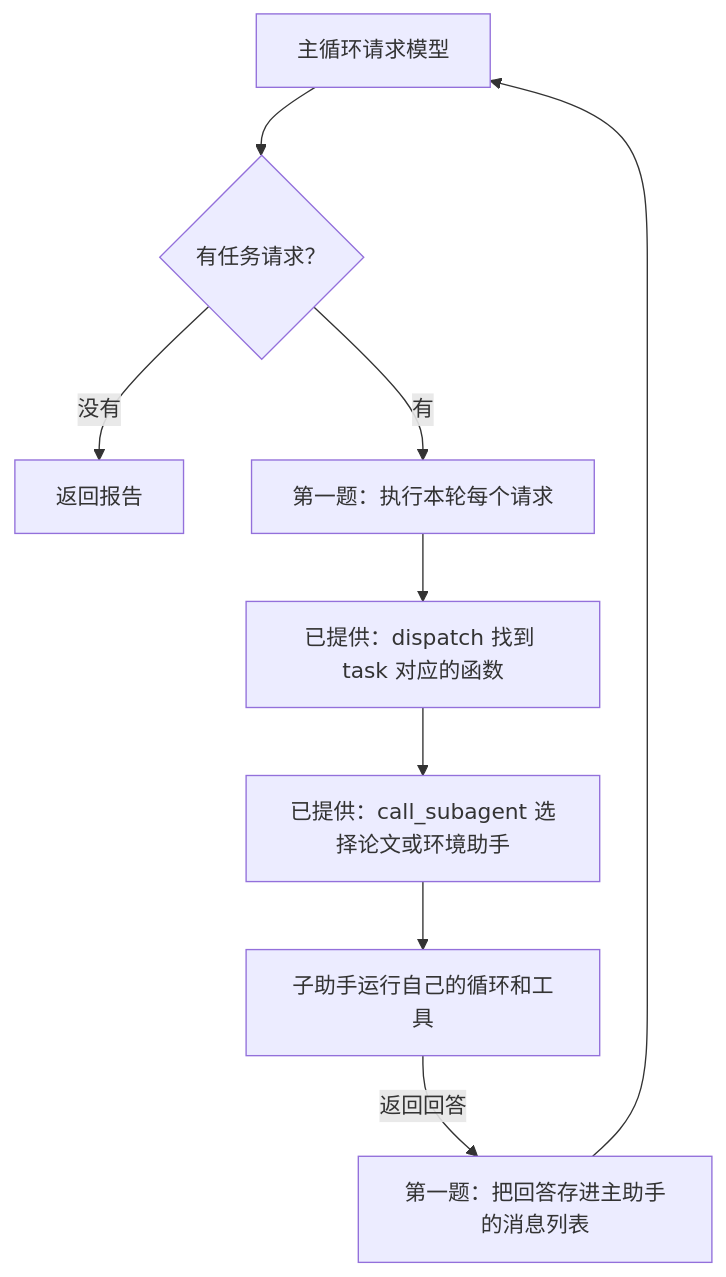
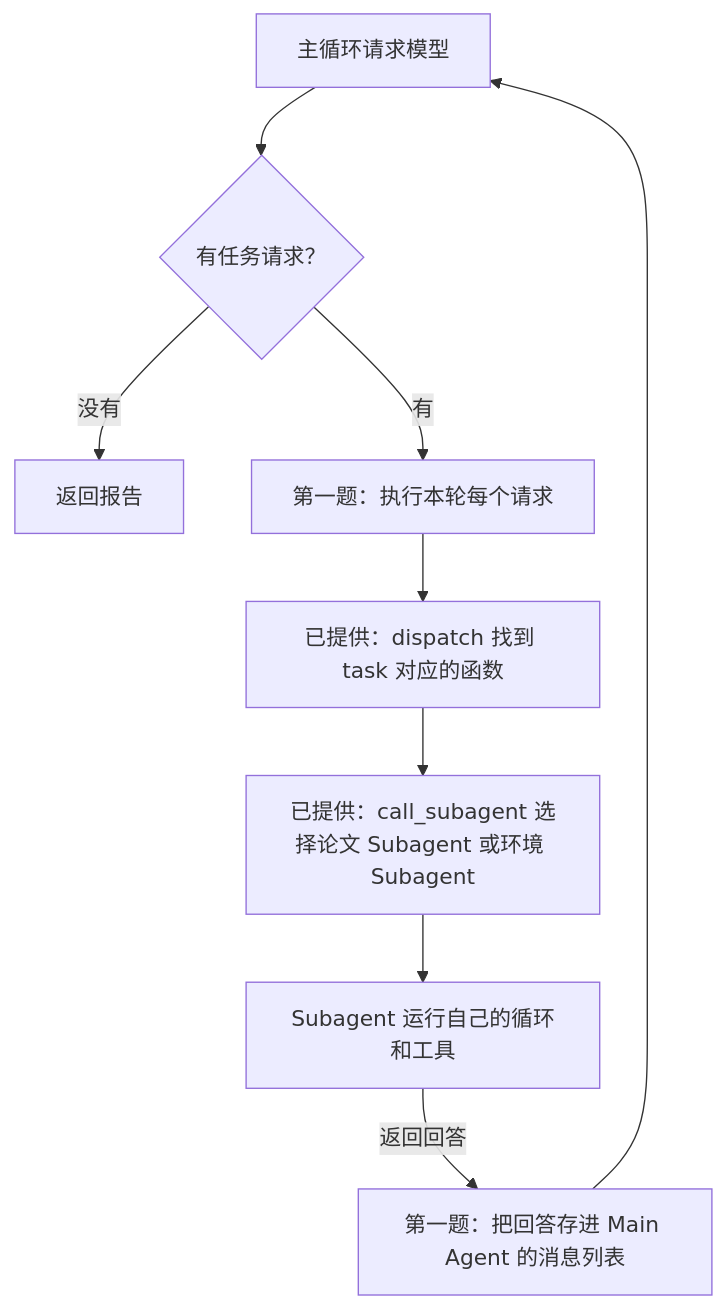
The first of 2 diagrams in docs/tutorial.md (JackYansongLi/learn-harness), drawn with Mermaid before and after one commit. The commit also changed other lines of this file and 11 other files, not shown here.

Commit message:
Use Agent and Subagent consistently across course and runtime

````diff
--- a/docs/tutorial.md
+++ b/docs/tutorial.md
@@ -114,11 +114,11 @@
 ```mermaid
 flowchart TD
     A[主循环请求模型] --> B{有任务请求？}
     B -->|没有| C[返回报告]
     B -->|有| D[第一题：执行本轮每个请求]
     D --> E[已提供：dispatch 找到 task 对应的函数]
-    E --> F[已提供：call_subagent 选择论文或环境助手]
-    F --> G[子助手运行自己的循环和工具]
-    G -->|返回回答| H[第一题：把回答存进主助手的消息列表]
+    E --> F[已提供：call_subagent 选择论文 Subagent 或环境 Subagent]
+    F --> G[Subagent 运行自己的循环和工具]
+    G -->|返回回答| H[第一题：把回答存进 Main Agent 的消息列表]
     H --> A
 ```
````
